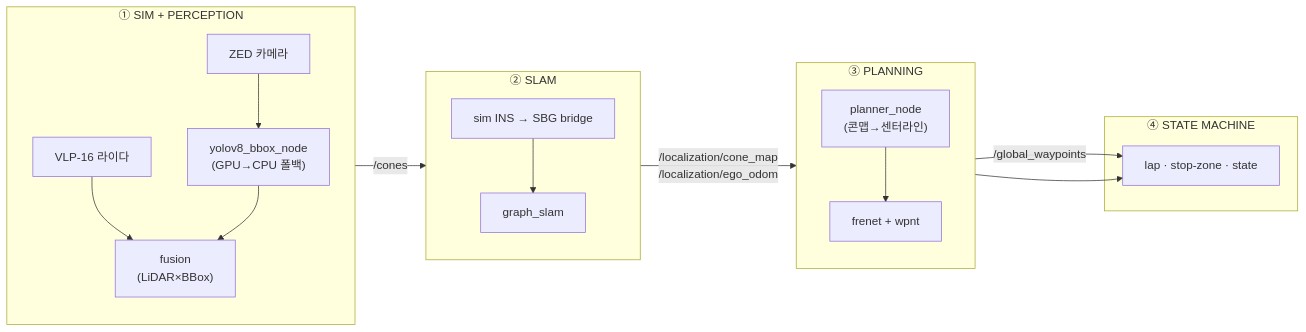
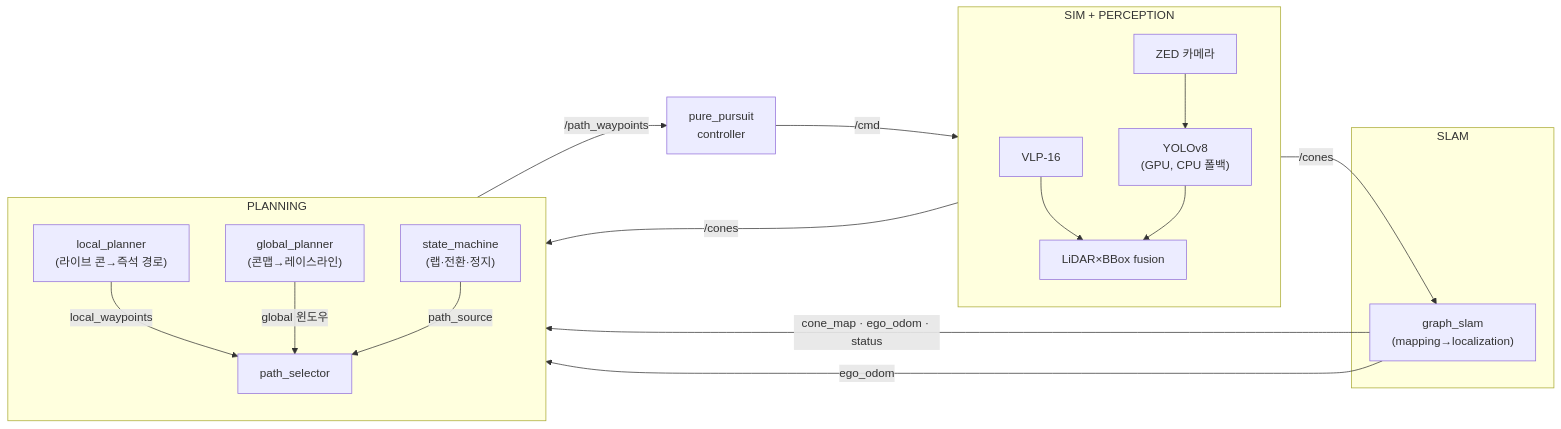
One commit to shchon11/HYU-Formula-Student changed the diagram in README.md. Above: the diagram before and after it, drawn with Mermaid. The commit also changed other lines of this file and 10 other files, not shown here.

First line of the commit message:
Move pure_pursuit_controller out of planning/; CTE monitor on by default; refresh README

````diff
--- a/README.md
+++ b/README.md
@@ -19,25 +41,30 @@
 ```mermaid
 flowchart LR
-    subgraph S1["① SIM + PERCEPTION"]
+    subgraph SP["SIM + PERCEPTION"]
         direction TB
-        ZED["ZED 카메라"] --> YOLO["yolov8_bbox_node<br/>(GPU→CPU 폴백)"]
-        VLP["VLP-16 라이다"] --> FUSE["fusion<br/>(LiDAR×BBox)"]
+        ZED["ZED 카메라"] --> YOLO["YOLOv8<br/>(GPU, CPU 폴백)"]
+        VLP["VLP-16"] --> FUSE["LiDAR×BBox fusion"]
         YOLO --> FUSE
     end
-    subgraph S2["② SLAM"]
+    subgraph SL["SLAM"]
+        GS["graph_slam<br/>(mapping→localization)"]
+    end
+    subgraph PL["PLANNING"]
         direction TB
-        INS["sim INS → SBG bridge"] --> GS["graph_slam"]
+        LP["local_planner<br/>(라이브 콘→즉석 경로)"]
+        GP["global_planner<br/>(콘맵→레이스라인)"]
+        SM["state_machine<br/>(랩·전환·정지)"]
+        SEL["path_selector"]
     end
-    subgraph S3["③ PLANNING"]
-        direction TB
-        PL["planner_node<br/>(콘맵→센터라인)"] --> FR["frenet + wpnt"]
-    end
-    subgraph S4["④ STATE MACHINE"]
-        SM["lap · stop-zone · state"]
-    end
+    CTRL["pure_pursuit<br/>controller"]
 
     FUSE -->|"/cones"| GS
-    GS -->|"/localization/cone_map<br/>/localization/ego_odom"| PL
-    PL -->|"/global_waypoints"| SM
-    FR --> SM
+    FUSE -->|"/cones"| LP
+    GS -->|"cone_map · ego_odom · status"| GP
+    GS -->|"ego_odom"| LP
+    LP -->|"local_waypoints"| SEL
+    GP -->|"global 윈도우"| SEL
+    SM -->|"path_source"| SEL
+    SEL -->|"/path_waypoints"| CTRL
+    CTRL -->|"/cmd"| SP
 ```
````
